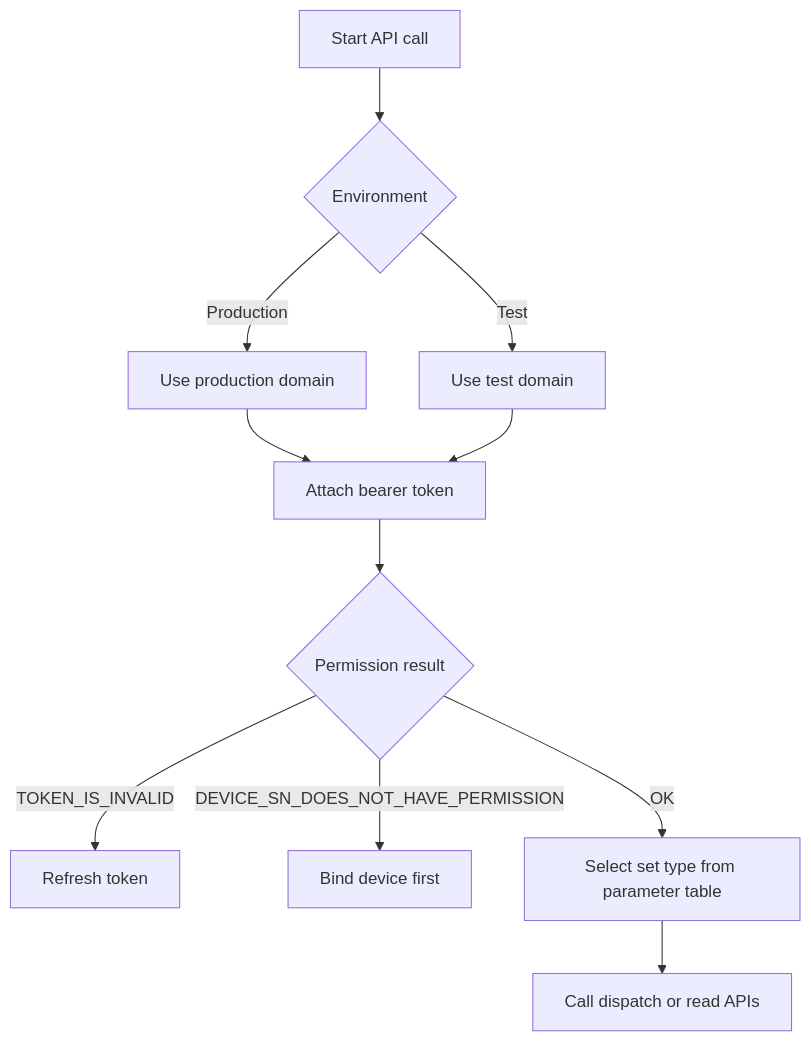
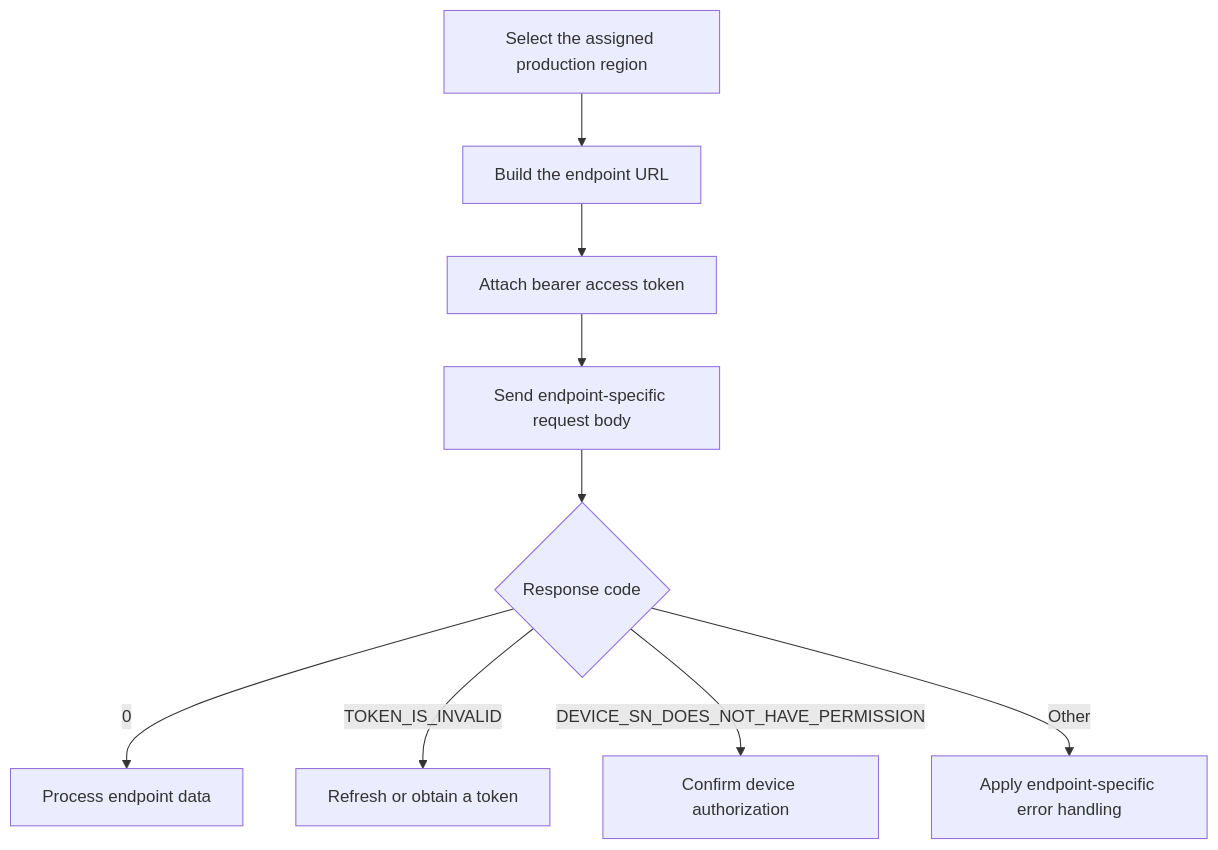
The first of 2 diagrams in Growatt API/OPENAPI/10_global_params.md (EugeneJian/growatt-unified-api), drawn with Mermaid before and after one commit. The commit also changed other lines of this file and 46 other files, not shown here.

````diff
--- a/Growatt API/OPENAPI/10_global_params.md
+++ b/Growatt API/OPENAPI/10_global_params.md
@@ -17,13 +14,11 @@
 ```mermaid
 flowchart TD
-    A["Start API call"] --> B{"Environment"}
-    B -->|"Production"| C["Use production domain"]
-    B -->|"Test"| D["Use test domain"]
-    C --> E["Attach bearer token"]
-    D --> E
-    E --> F{"Permission result"}
-    F -->|"TOKEN_IS_INVALID"| G["Refresh token"]
-    F -->|"DEVICE_SN_DOES_NOT_HAVE_PERMISSION"| H["Bind device first"]
-    F -->|"OK"| I["Select set type from parameter table"]
-    I --> J["Call dispatch or read APIs"]
+    A["Select the assigned production region"] --> B["Build the endpoint URL"]
+    B --> C["Attach bearer access token"]
+    C --> D["Send endpoint-specific request body"]
+    D --> E{"Response code"}
+    E -->|"0"| F["Process endpoint data"]
+    E -->|"TOKEN_IS_INVALID"| G["Refresh or obtain a token"]
+    E -->|"DEVICE_SN_DOES_NOT_HAVE_PERMISSION"| H["Confirm device authorization"]
+    E -->|"Other"| I["Apply endpoint-specific error handling"]
 ```
````
